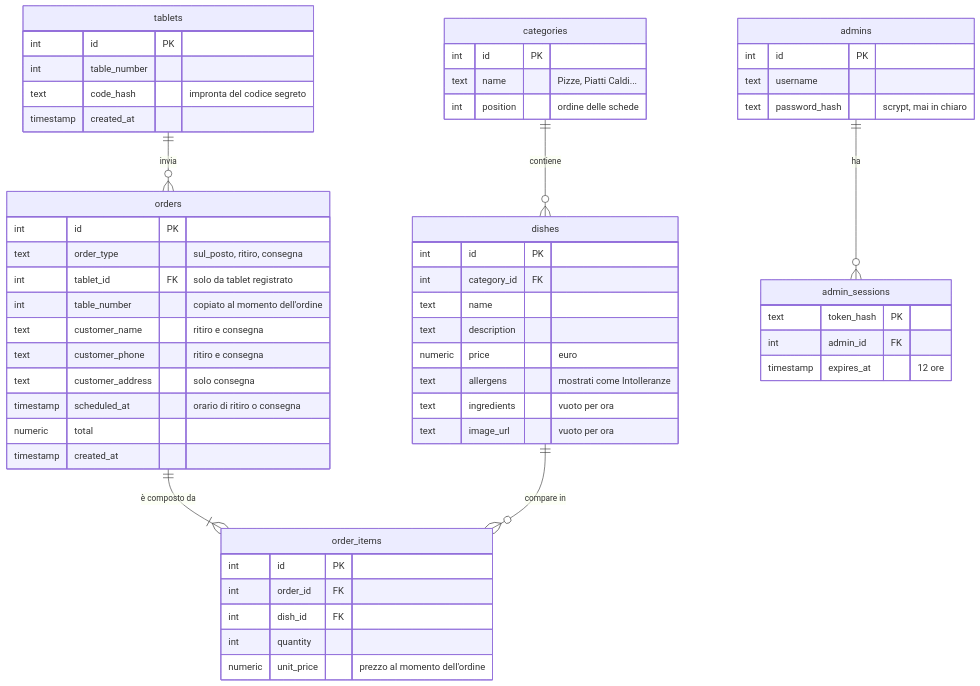
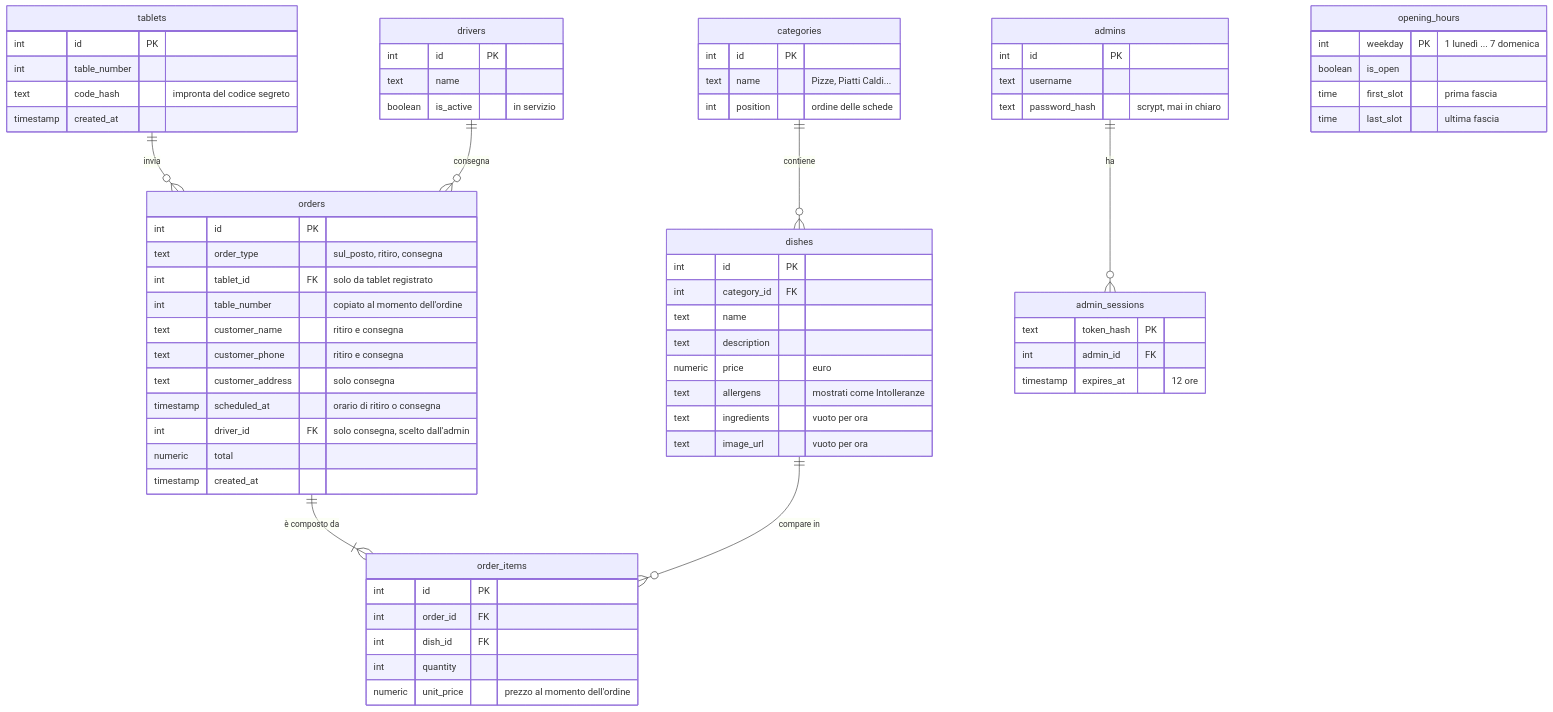
One commit to Josecontis/RestaurantManager changed the sixth of 7 diagrams in doc/piano-server-database.md. Above: the diagram before and after it, drawn with Mermaid. The commit also changed other lines of this file, not shown here.

Commit message:
Document opening hours, drivers and admin sections, and list the next steps including the AI ideas

````diff
--- a/doc/piano-server-database.md
+++ b/doc/piano-server-database.md
@@ -120,58 +156,71 @@
 ```mermaid
 erDiagram
   categories ||--o{ dishes : "contiene"
   orders ||--|{ order_items : "è composto da"
   dishes ||--o{ order_items : "compare in"
   tablets ||--o{ orders : "invia"
+  drivers ||--o{ orders : "consegna"
   admins ||--o{ admin_sessions : "ha"
+  opening_hours {
+    int weekday PK "1 lunedì ... 7 domenica"
+    boolean is_open
+    time first_slot "prima fascia"
+    time last_slot "ultima fascia"
+  }
+  drivers {
+    int id PK
+    text name
+    boolean is_active "in servizio"
+  }
   categories {
     int id PK
     text name "Pizze, Piatti Caldi..."
     int position "ordine delle schede"
   }
   dishes {
     int id PK
     int category_id FK
     text name
     text description
     numeric price "euro"
     text allergens "mostrati come Intolleranze"
     text ingredients "vuoto per ora"
     text image_url "vuoto per ora"
   }
   tablets {
     int id PK
     int table_number
     text code_hash "impronta del codice segreto"
     timestamp created_at
   }
   orders {
     int id PK
     text order_type "sul_posto, ritiro, consegna"
     int tablet_id FK "solo da tablet registrato"
     int table_number "copiato al momento dell'ordine"
     text customer_name "ritiro e consegna"
     text customer_phone "ritiro e consegna"
     text customer_address "solo consegna"
     timestamp scheduled_at "orario di ritiro o consegna"
+    int driver_id FK "solo consegna, scelto dall'admin"
     numeric total
     timestamp created_at
   }
   order_items {
     int id PK
     int order_id FK
     int dish_id FK
     int quantity
     numeric unit_price "prezzo al momento dell'ordine"
   }
   admins {
     int id PK
     text username
     text password_hash "scrypt, mai in chiaro"
   }
   admin_sessions {
     text token_hash PK
     int admin_id FK
     timestamp expires_at "12 ore"
   }
 ```
````
